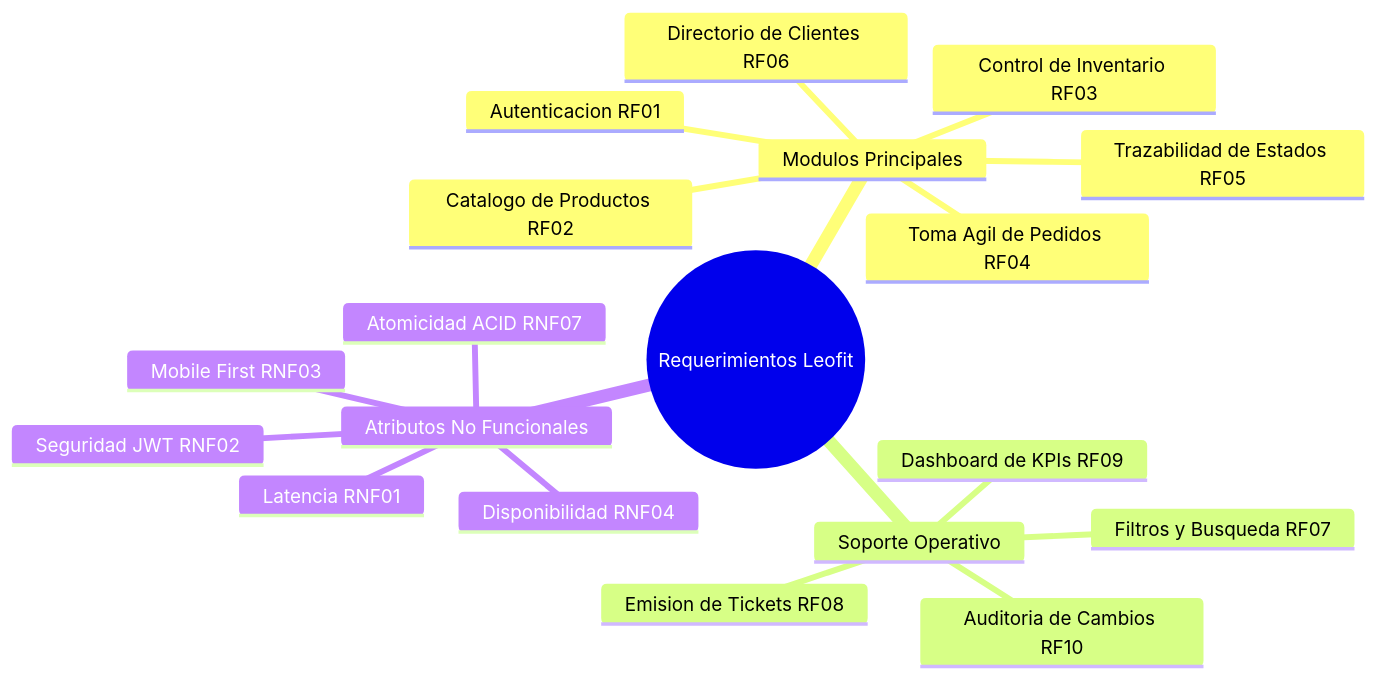
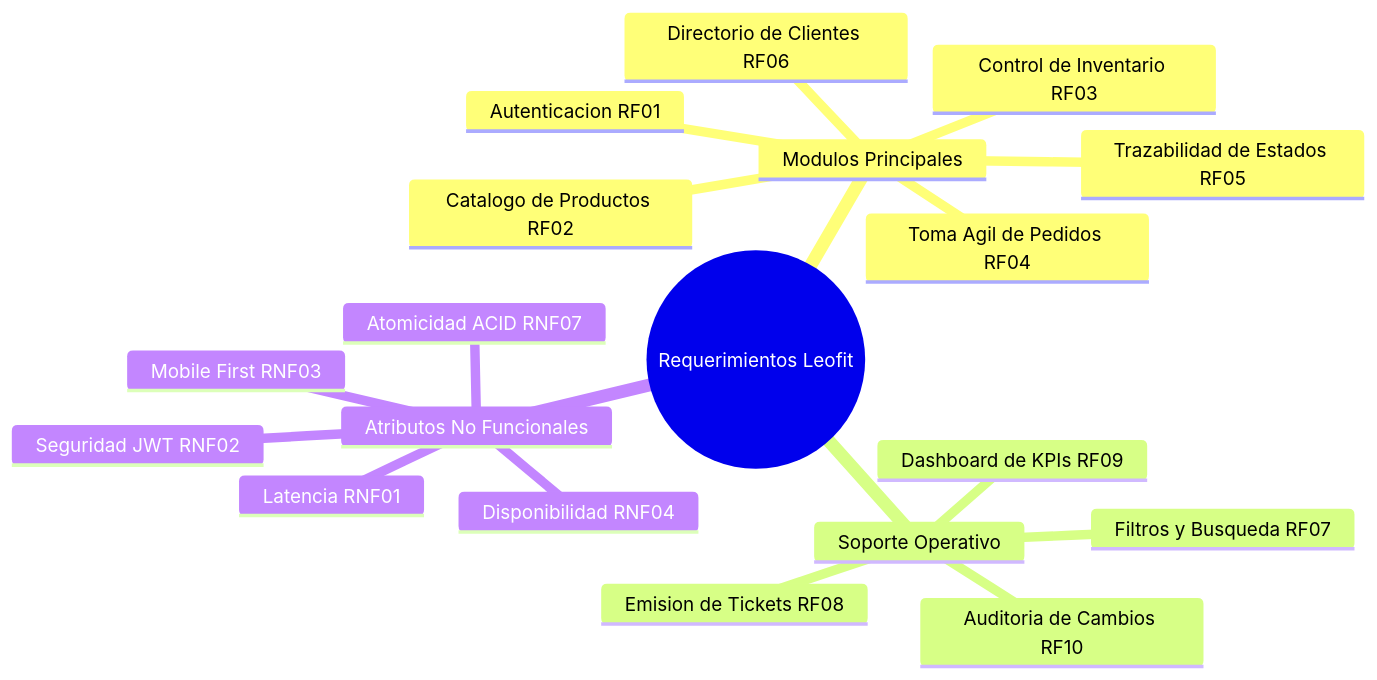
One commit to Leofit-Solutions-Grupo01/leofit-pedidos-sistema changed the diagram in docs/02_Requerimientos.md. Above: the diagram before and after it, drawn with Mermaid. The commit also changed other lines of this file and 23 other files, not shown here.

````diff
--- a/docs/02_Requerimientos.md
+++ b/docs/02_Requerimientos.md
@@ -19,22 +19,22 @@
 ```mermaid
 mindmap
-  root((Requerimientos Leofit))
-    Modulos Principales
-      Autenticacion RF01
-      Catalogo de Productos RF02
-      Control de Inventario RF03
-      Toma Agil de Pedidos RF04
-      Trazabilidad de Estados RF05
-      Directorio de Clientes RF06
-    Soporte Operativo
-      Filtros y Busqueda RF07
-      Emision de Tickets RF08
-      Dashboard de KPIs RF09
-      Auditoria de Cambios RF10
-    Atributos No Funcionales
-      Latencia RNF01
-      Seguridad JWT RNF02
-      Mobile First RNF03
-      Disponibilidad RNF04
-      Atomicidad ACID RNF07
+ root((Requerimientos Leofit))
+  Modulos Principales
+   Autenticacion RF01
+   Catalogo de Productos RF02
+   Control de Inventario RF03
+   Toma Agil de Pedidos RF04
+   Trazabilidad de Estados RF05
+   Directorio de Clientes RF06
+  Soporte Operativo
+   Filtros y Busqueda RF07
+   Emision de Tickets RF08
+   Dashboard de KPIs RF09
+   Auditoria de Cambios RF10
+  Atributos No Funcionales
+   Latencia RNF01
+   Seguridad JWT RNF02
+   Mobile First RNF03
+   Disponibilidad RNF04
+   Atomicidad ACID RNF07
 ```
````
